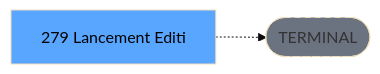
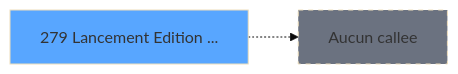
Before and after one commit to thonyAGP/magic-migration: the third of 3 diagrams in .openspec/specs/ADH-IDE-279.md, drawn with Mermaid (base theme). The commit also changed other lines of this file and 493 other files, not shown here.

````diff
--- a/.openspec/specs/ADH-IDE-279.md
+++ b/.openspec/specs/ADH-IDE-279.md
@@ -138,8 +139,8 @@
 ```mermaid
 graph LR
-    T[279 Lancement Editi]
-    TERM([TERMINAL])
-    T -.-> TERM
-    style TERM fill:#6b7280,stroke-dasharray: 5 5
-    style T fill:#58a6ff,color:#000
+    T279[279 Lancement Edition ...]
+    style T279 fill:#58a6ff
+    NONE[Aucun callee]
+    T279 -.-> NONE
+    style NONE fill:#6b7280,stroke-dasharray: 5 5
 ```
````
